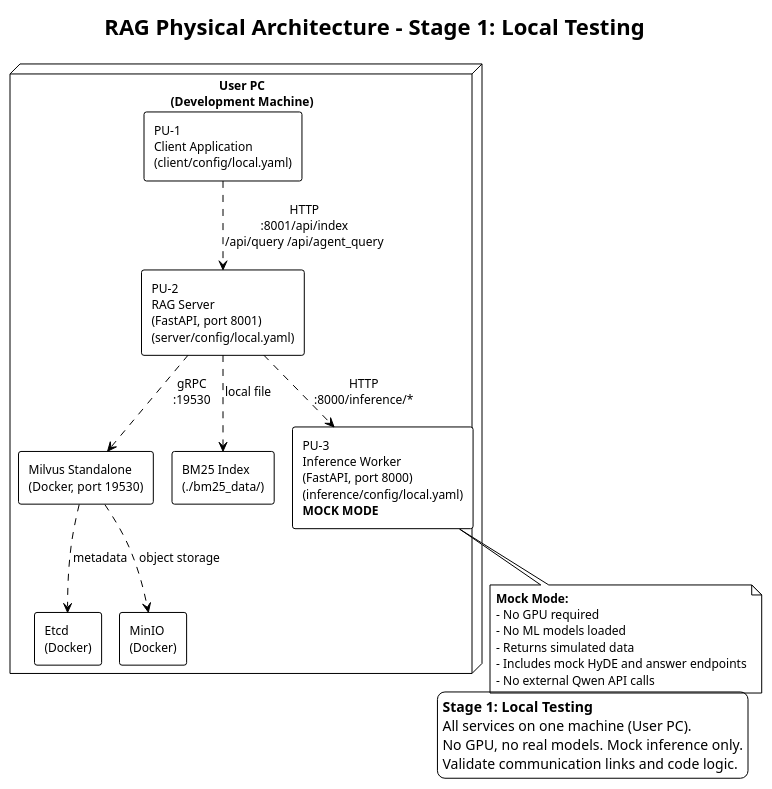
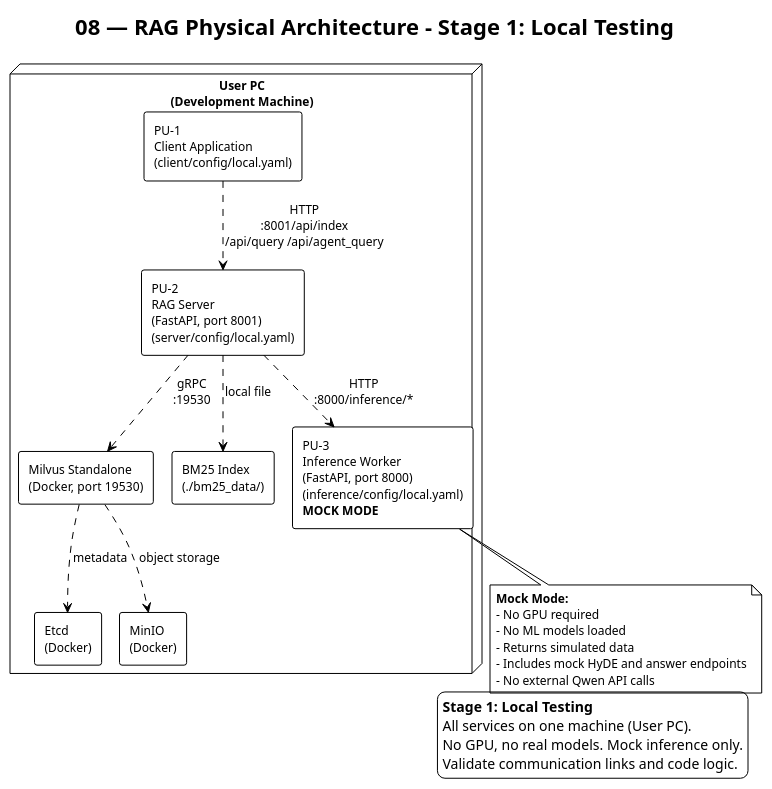
Before and after one commit to 24-Fahed/RAG: the diagram in docs/v0.1.0/architecture/08_physical_architecture_local.puml, drawn with PlantUML. The commit also changed 46 other files, not shown here.

Commit message:
docs: restore workflow image and number architecture diagrams

```diff
--- a/docs/v0.1.0/architecture/08_physical_architecture_local.puml
+++ b/docs/v0.1.0/architecture/08_physical_architecture_local.puml
@@ -1,44 +1,44 @@
-@startuml RAG_Physical_Architecture_Local
+@startuml 08_physical_architecture_local
 !theme plain
 !pragma layout smetana
 skinparam packageStyle rectangle
 skinparam shadowing false
 skinparam defaultFontSize 12
 
-title RAG Physical Architecture - Stage 1: Local Testing
+title 08 — RAG Physical Architecture - Stage 1: Local Testing
 
 legend right
   **Stage 1: Local Testing**
   All services on one machine (User PC).
   No GPU, no real models. Mock inference only.
   Validate communication links and code logic.
 end legend
 
 node "User PC\n(Development Machine)" as user {
     rectangle "PU-1\nClient Application\n(client/config/local.yaml)" as pu1
     rectangle "PU-2\nRAG Server\n(FastAPI, port 8001)\n(server/config/local.yaml)" as pu2
     rectangle "Milvus Standalone\n(Docker, port 19530)" as milvus
     rectangle "Etcd\n(Docker)" as etcd
     rectangle "MinIO\n(Docker)" as minio
     rectangle "BM25 Index\n(./bm25_data/)" as bm25
     rectangle "PU-3\nInference Worker\n(FastAPI, port 8000)\n(inference/config/local.yaml)\n**MOCK MODE**" as pu3
 }
 
 pu1 ..> pu2 : HTTP\n:8001/api/index\n/api/query /api/agent_query
 pu2 ..> pu3 : HTTP\n:8000/inference/*
 pu2 ..> milvus : gRPC\n:19530
 pu2 ..> bm25 : local file
 
 note bottom of pu3
   **Mock Mode:**
   - No GPU required
   - No ML models loaded
   - Returns simulated data
   - Includes mock HyDE and answer endpoints
   - No external Qwen API calls
 end note
 
 milvus ..> etcd : metadata
 milvus ..> minio : object storage
 
 @enduml
```
